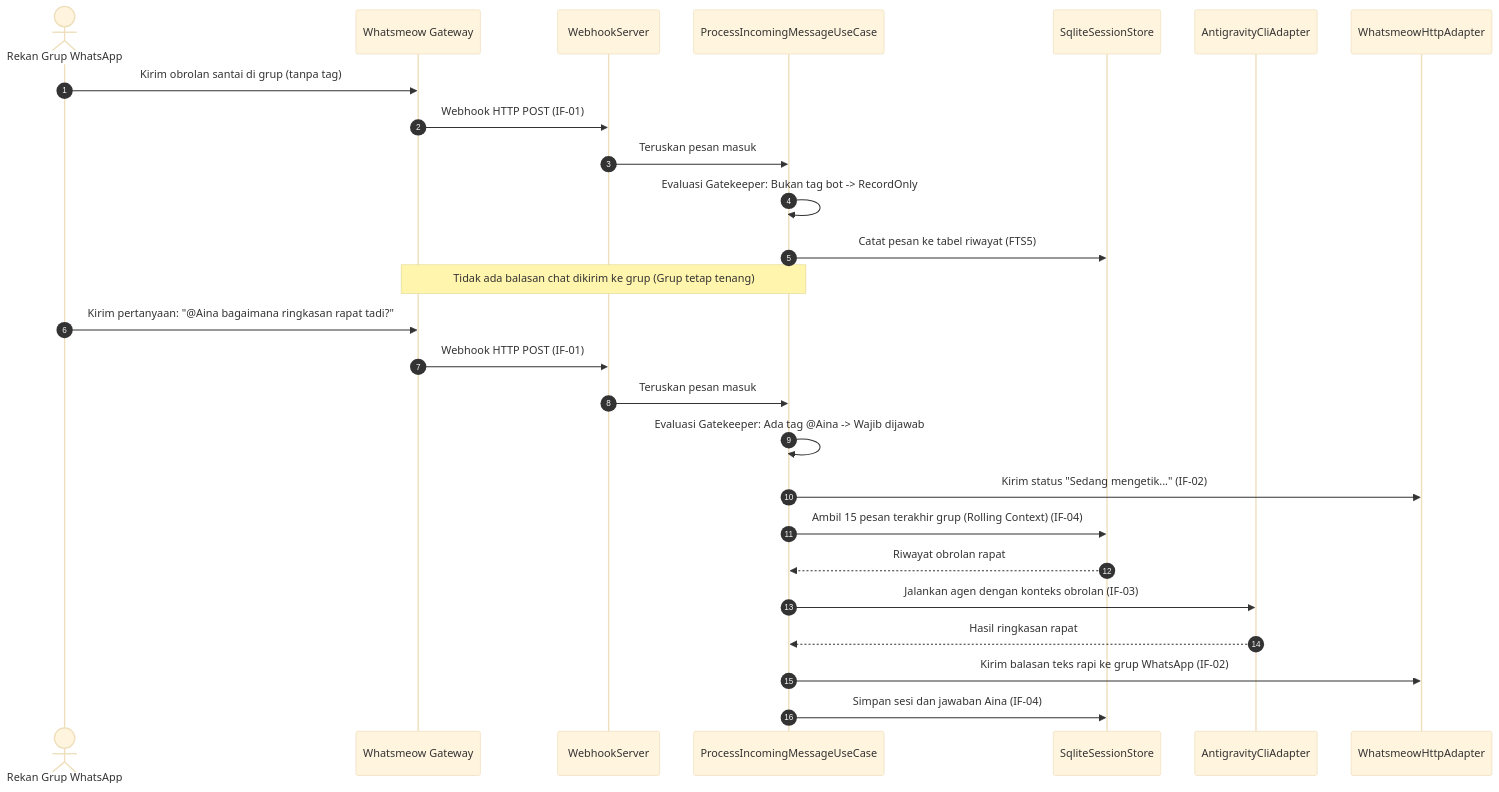
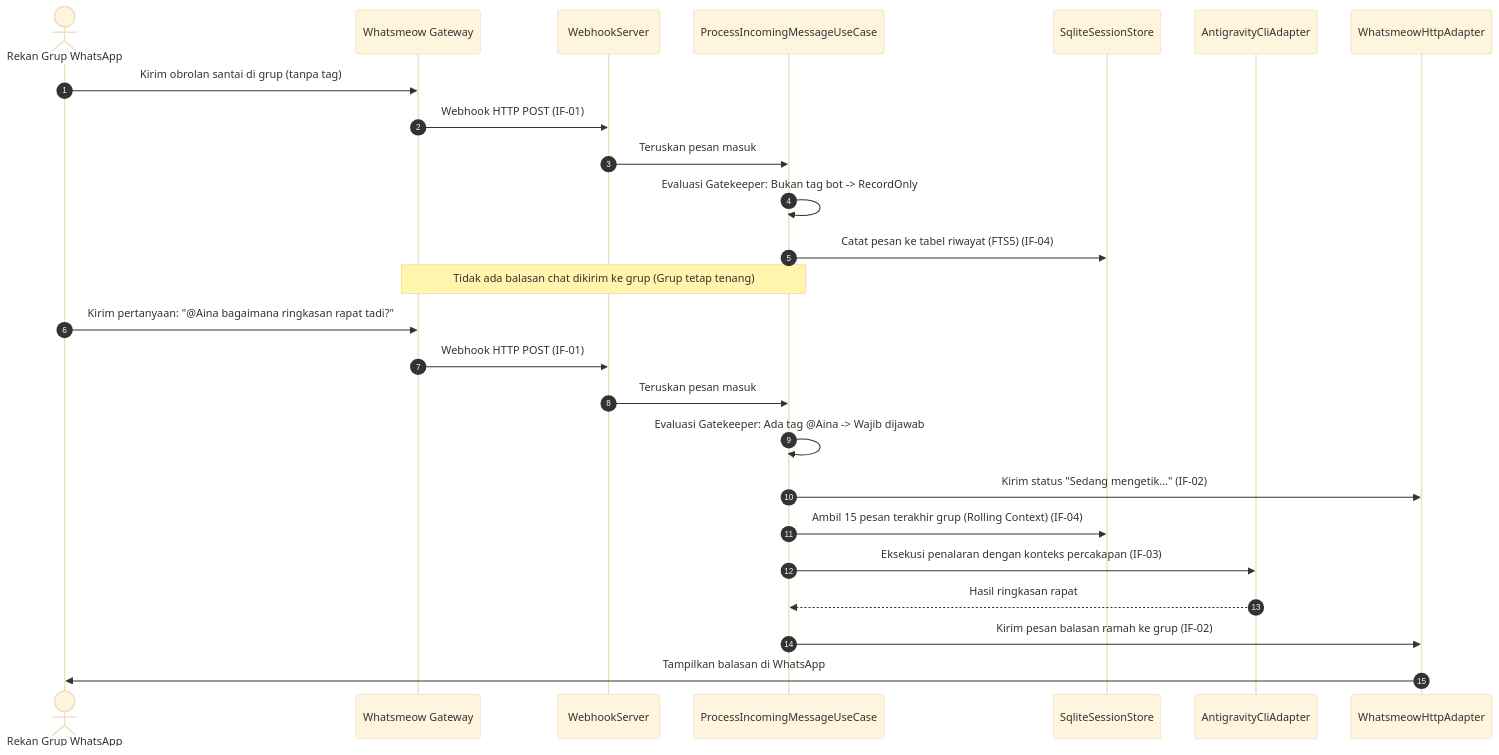
One commit to ipds6104/aina changed the first of 5 diagrams in docs/architecture/06_runtime_view.md. Above: the diagram before and after it, drawn with Mermaid (base theme). The commit also changed other lines of this file and 11 other files, not shown here.

Commit message:
docs(arc42): update architecture documentation to baseline commit 1ee7597 with activity engine & reflection

````diff
--- a/docs/architecture/06_runtime_view.md
+++ b/docs/architecture/06_runtime_view.md
@@ -17,30 +17,29 @@
 ```mermaid
 sequenceDiagram
     autonumber
     actor Anggota as Rekan Grup WhatsApp
     participant GW as Whatsmeow Gateway
     participant Web as WebhookServer
     participant UC as ProcessIncomingMessageUseCase
     participant DB as SqliteSessionStore
     participant AGY as AntigravityCliAdapter
     participant WA as WhatsmeowHttpAdapter
 
     Anggota->>GW: Kirim obrolan santai di grup (tanpa tag)
     GW->>Web: Webhook HTTP POST (IF-01)
     Web->>UC: Teruskan pesan masuk
     UC->>UC: Evaluasi Gatekeeper: Bukan tag bot -> RecordOnly
-    UC->>DB: Catat pesan ke tabel riwayat (FTS5)
+    UC->>DB: Catat pesan ke tabel riwayat (FTS5) (IF-04)
     Note over UC,GW: Tidak ada balasan chat dikirim ke grup (Grup tetap tenang)
 
     Anggota->>GW: Kirim pertanyaan: "@Aina bagaimana ringkasan rapat tadi?"
     GW->>Web: Webhook HTTP POST (IF-01)
     Web->>UC: Teruskan pesan masuk
     UC->>UC: Evaluasi Gatekeeper: Ada tag @Aina -> Wajib dijawab
     UC->>WA: Kirim status "Sedang mengetik..." (IF-02)
     UC->>DB: Ambil 15 pesan terakhir grup (Rolling Context) (IF-04)
-    DB-->>UC: Riwayat obrolan rapat
-    UC->>AGY: Jalankan agen dengan konteks obrolan (IF-03)
+    UC->>AGY: Eksekusi penalaran dengan konteks percakapan (IF-03)
     AGY-->>UC: Hasil ringkasan rapat
-    UC->>WA: Kirim balasan teks rapi ke grup WhatsApp (IF-02)
-    UC->>DB: Simpan sesi dan jawaban Aina (IF-04)
+    UC->>WA: Kirim pesan balasan ramah ke grup (IF-02)
+    WA->>Anggota: Tampilkan balasan di WhatsApp
 ```
````
